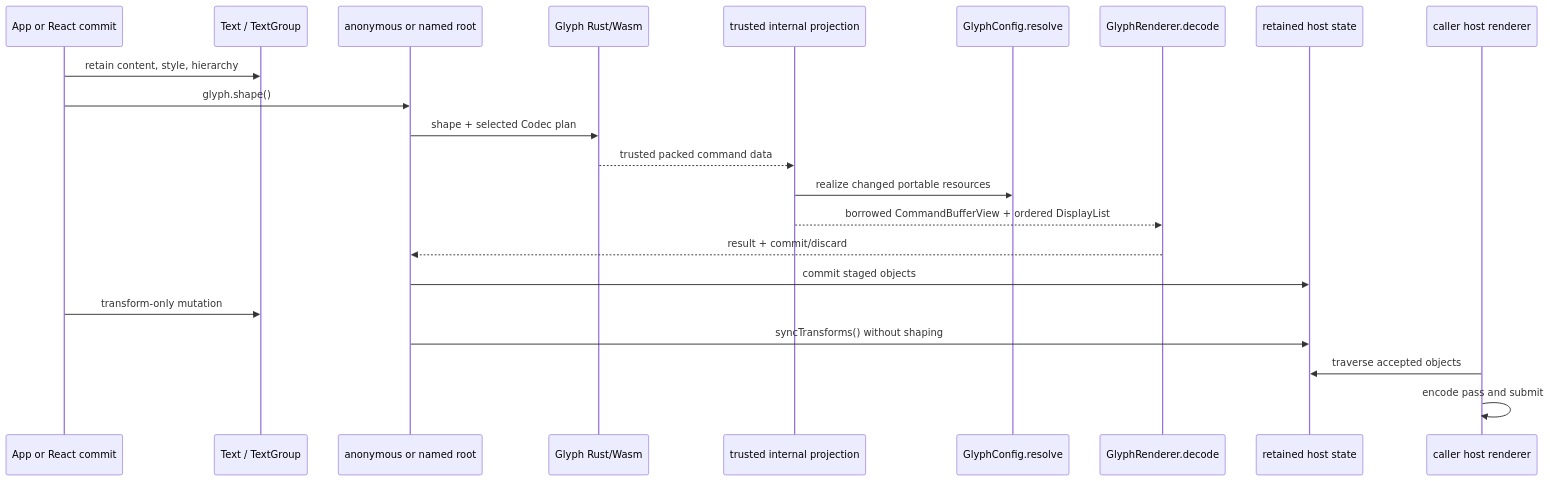
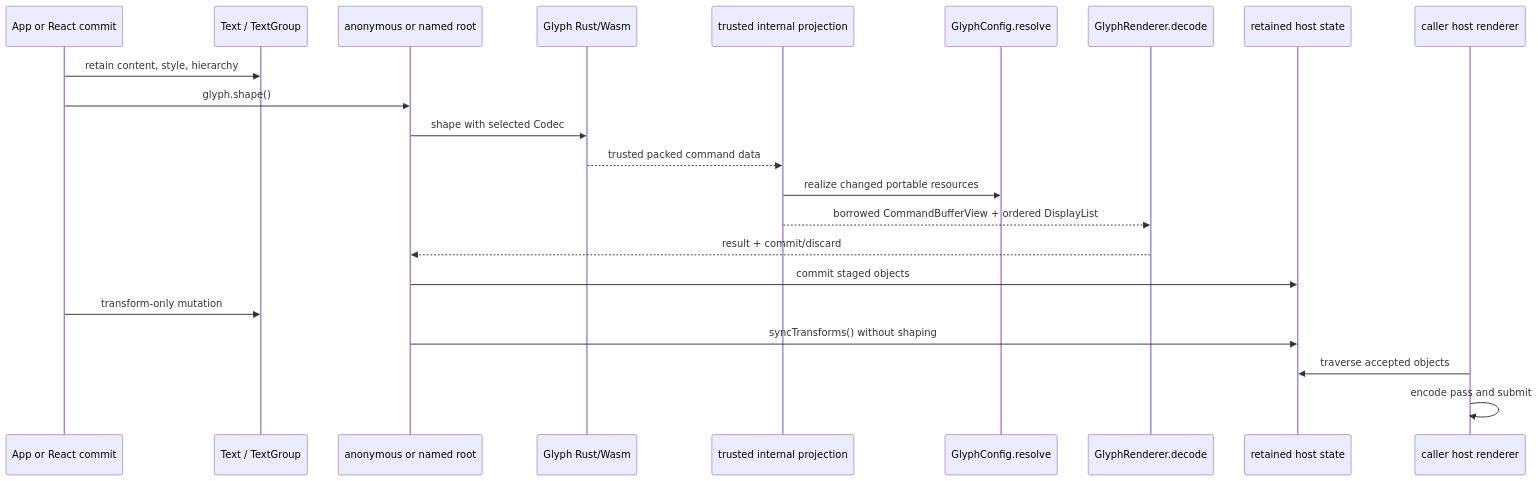
Before and after one commit to pmndrs/glyph: the second of 4 diagrams in .agents/docs/guides/renderer-integration.md, drawn with Mermaid. The commit also changed other lines of this file and 6 other files, not shown here.

````diff
--- a/.agents/docs/guides/renderer-integration.md
+++ b/.agents/docs/guides/renderer-integration.md
@@ -145,25 +145,25 @@
 ```mermaid
 sequenceDiagram
   participant App as App or React commit
   participant Text as Text / TextGroup
   participant Root as anonymous or named root
   participant Rust as Glyph Rust/Wasm
   participant Project as trusted internal projection
   participant Resolve as GlyphConfig.resolve
   participant Decode as GlyphRenderer.decode
   participant HostState as retained host state
   participant Host as caller host renderer
 
   App->>Text: retain content, style, hierarchy
   App->>Root: glyph.shape()
-  Root->>Rust: shape + selected Codec plan
+  Root->>Rust: shape with selected Codec
   Rust-->>Project: trusted packed command data
   Project->>Resolve: realize changed portable resources
   Project-->>Decode: borrowed CommandBufferView + ordered DisplayList
   Decode-->>Root: result + commit/discard
   Root->>HostState: commit staged objects
   App->>Text: transform-only mutation
   Root->>HostState: syncTransforms() without shaping
   Host->>HostState: traverse accepted objects
   Host->>Host: encode pass and submit
 ```
````
